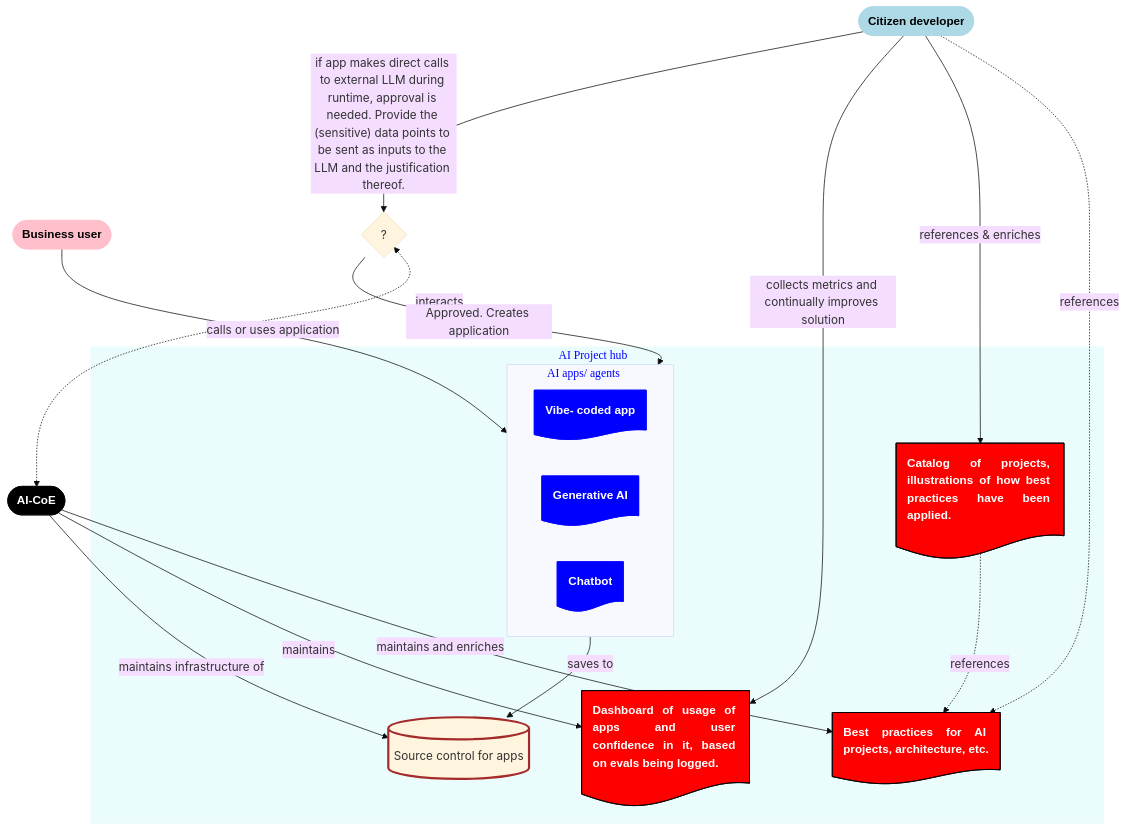
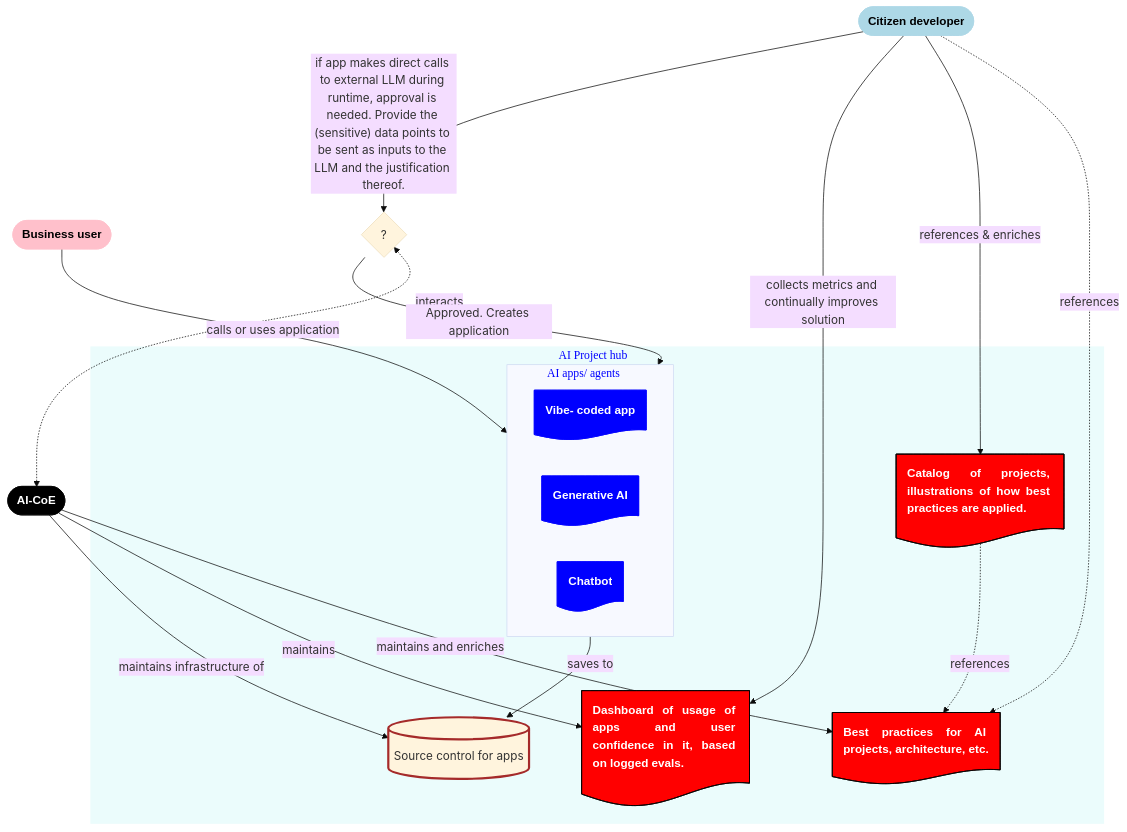
Before and after one commit to DuttaSoumya/AI-Architecture: the diagram in .assets/AiProjectHub.md, drawn with Mermaid (base theme). The commit also changed 6 other files, not shown here.

````diff
--- a/.assets/AiProjectHub.md
+++ b/.assets/AiProjectHub.md
@@ -1,55 +1,55 @@
 ``` mermaid
 flowchart
     CitizenDev([Citizen developer])
     class CitizenDev User_CTZ
     BizUser([Business user])
     class BizUser User_BIZ
     CoE([AI-CoE])
     class CoE User_COE
 
     subgraph AIProject[AI Project hub]
         subgraph Apps[AI apps/ agents]
             VibeCodedApp@{ shape: doc, label: "**Vibe- coded app**" }
             class VibeCodedApp AiApps
             LLMProj@{ shape: doc, label: "**Generative AI**" }
             class LLMProj AiApps
             Chatbot@{ shape: doc, label: "**Chatbot**" }
             class Chatbot AiApps
         end;
         style Apps color:blue, font-family:Fantasy, Trebuchet MS
-        AppCatalog@{ shape: doc, label: "Catalog of projects, illustrations of how best practices have been applied." }
+        AppCatalog@{ shape: doc, label: "Catalog of projects, illustrations of how best practices are applied." }
         class AppCatalog AiArtifacts
-        AppMetrics@{ shape: doc, label: "Dashboard of usage of apps and user confidence in it, based on evals being logged." }
+        AppMetrics@{ shape: doc, label: "Dashboard of usage of apps and user confidence in it, based on logged evals." }
         class AppMetrics AiArtifacts
         SourceControl@{ shape: cyl, label: "Source control for apps" }
         class SourceControl Database
         BestPractices@{ shape: doc, label: "Best practices for AI projects, architecture, etc." }
         class BestPractices AiArtifacts
 
         AppCatalog -. references .-> BestPractices
         Apps -- saves to --> SourceControl
     end;
     style AIProject stroke:None, fill:#ebfcfc, color:blue, font-family:Fantasy, Trebuchet MS
 
     CitizenDev -. references .-> BestPractices 
     CitizenDev -- references & enriches --> AppCatalog 
     CitizenDev -- collects metrics and continually improves solution --> AppMetrics
 
     ExternalLLMNeeded@{ shape: diamond, label: "?" }
     CitizenDev -- if app makes direct calls to external LLM during runtime, approval is needed. Provide the (sensitive) data points to be sent as inputs to the LLM and the justification thereof. --> ExternalLLMNeeded
     ExternalLLMNeeded <-. interacts .-> CoE
     ExternalLLMNeeded -- Approved. Creates application --> Apps
 
     BizUser -- calls or uses application --> Apps 
 
     CoE -- maintains and enriches --> BestPractices
     CoE -- maintains --> AppMetrics 
     CoE -- maintains infrastructure of --> SourceControl
 
     classDef AiArtifacts stroke: Black, fill: Red, color: White, font-family: Arial, font-weight: bold, text-align:justify, text-justify:inter-word
     classDef AiApps stroke: Blue, fill: Blue, color: White, font-family: Arial, font-weight: bold, text-align:justify, text-justify:inter-word
     classDef Database stroke: Brown, stroke-width: 3px, text-align:justify, text-justify:inter-word
     classDef User_CTZ stroke:LightBlue, fill:LightBlue, font-family:Arial, color:Black, font-weight:Bold
     classDef User_BIZ stroke:Pink, fill:Pink, font-family:Arial, color:Black, font-weight:Bold
     classDef User_COE stroke:Black, fill:Black, color: White, font-family:Arial, font-weight:Bold
 ```
````
